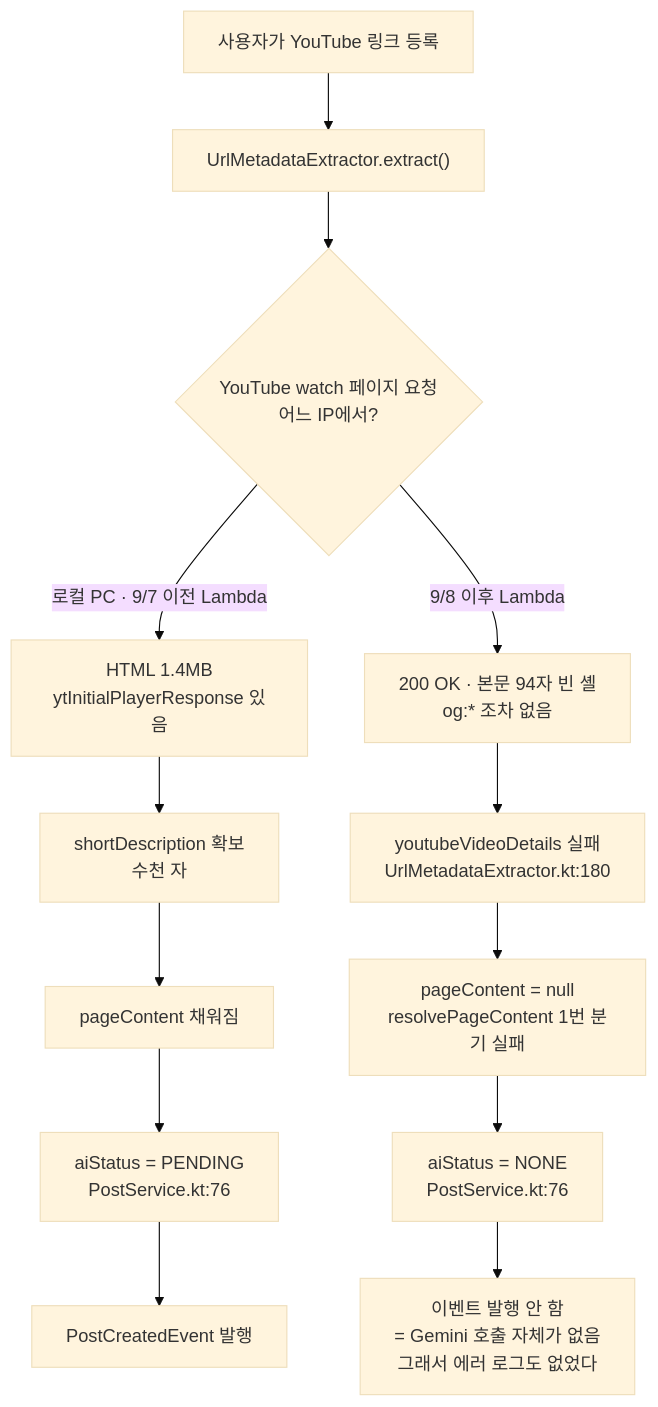
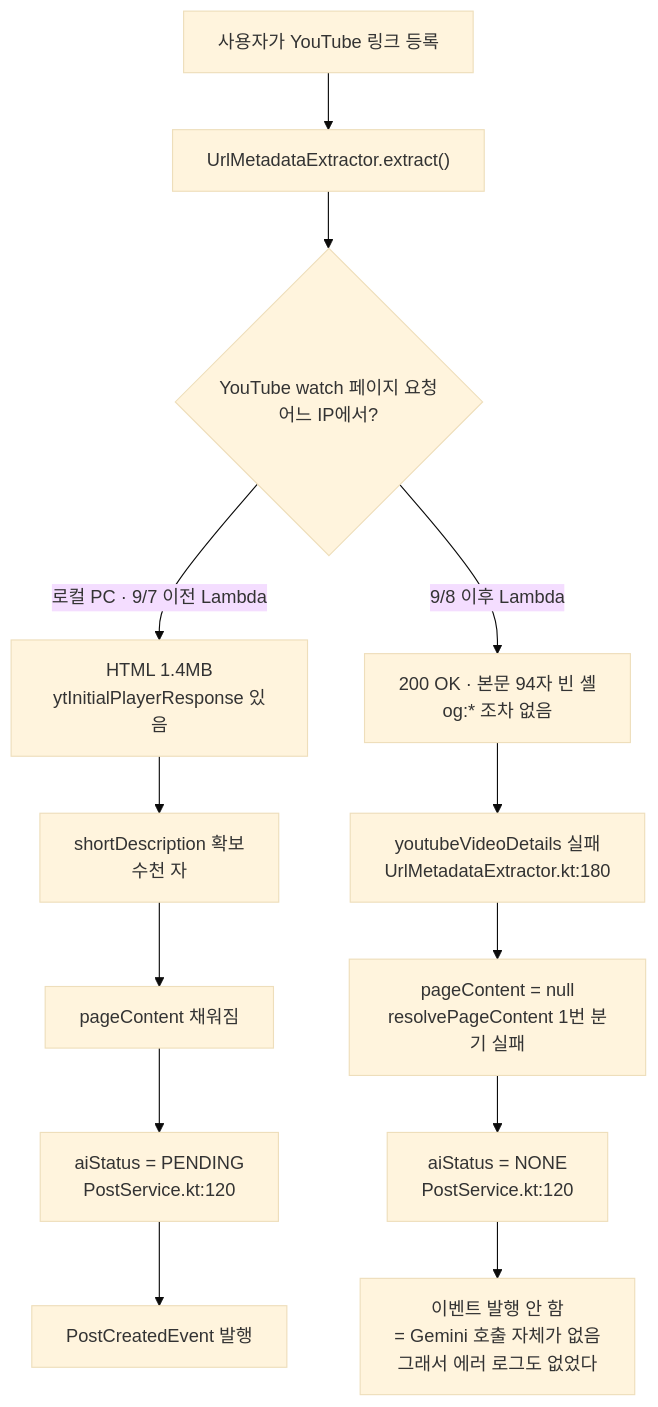
One commit to BAECHAN/link-sphere_BE_NEW changed the first of 3 diagrams in docs/AI-ASYNC-PROCESSING.md. Above: the diagram before and after it, drawn with Mermaid (base theme). The commit also changed other lines of this file and 7 other files, not shown here.

````diff
--- a/docs/AI-ASYNC-PROCESSING.md
+++ b/docs/AI-ASYNC-PROCESSING.md
@@ -574,20 +574,20 @@
 ```mermaid
 flowchart TD
     A["사용자가 YouTube 링크 등록"] --> B["UrlMetadataExtractor.extract()"]
     B --> C{"YouTube watch 페이지 요청<br/>어느 IP에서?"}
 
     C -->|"로컬 PC · 9/7 이전 Lambda"| D["HTML 1.4MB<br/>ytInitialPlayerResponse 있음"]
     C -->|"9/8 이후 Lambda"| E["200 OK · 본문 94자 빈 셸<br/>og:* 조차 없음"]
 
     D --> F["shortDescription 확보<br/>수천 자"]
     E --> G["youtubeVideoDetails 실패<br/>UrlMetadataExtractor.kt:180"]
 
     F --> H["pageContent 채워짐"]
     G --> I["pageContent = null<br/>resolvePageContent 1번 분기 실패"]
 
-    H --> J["aiStatus = PENDING<br/>PostService.kt:76"]
-    I --> K["aiStatus = NONE<br/>PostService.kt:76"]
+    H --> J["aiStatus = PENDING<br/>PostService.kt:120"]
+    I --> K["aiStatus = NONE<br/>PostService.kt:120"]
 
     J --> L["PostCreatedEvent 발행"]
     K --> M["이벤트 발행 안 함<br/>= Gemini 호출 자체가 없음<br/>그래서 에러 로그도 없었다"]
 ```
````
